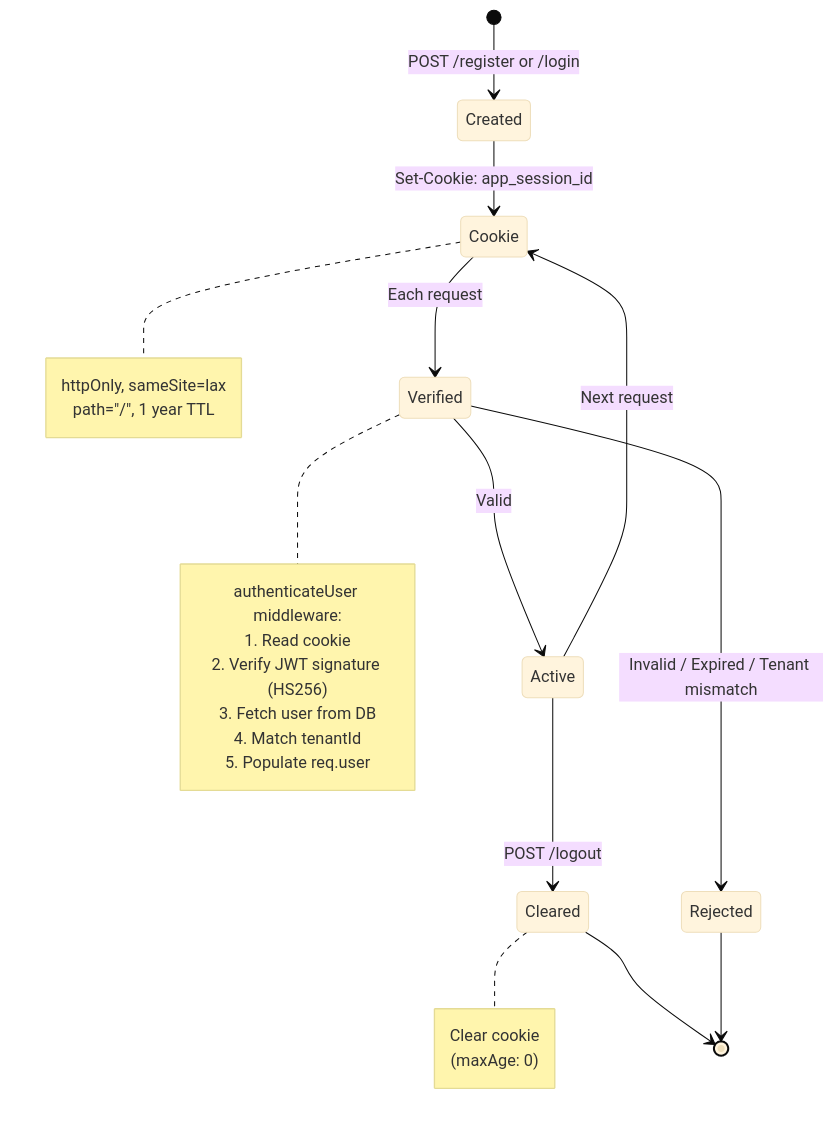
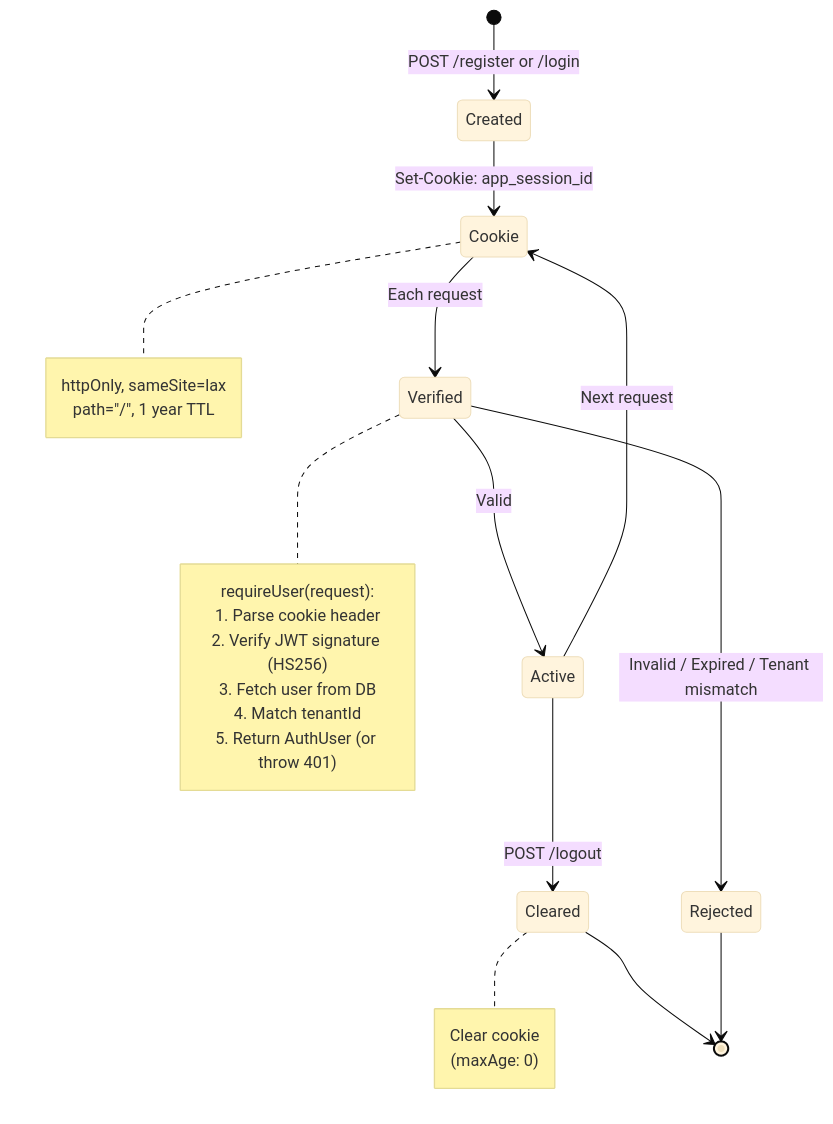
One commit to erium/app-template changed the fourth of 7 diagrams in docs/architecture-data.md. Above: the diagram before and after it, drawn with Mermaid (base theme). The commit also changed other lines of this file and 7 other files, not shown here.

````diff
--- a/docs/architecture-data.md
+++ b/docs/architecture-data.md
@@ -143,34 +143,34 @@
 ```mermaid
 stateDiagram-v2
     [*] --> Created: POST /register or /login
 
     Created --> Cookie: Set-Cookie: app_session_id
     note right of Cookie
         httpOnly, sameSite=lax
         path="/", 1 year TTL
     end note
 
     Cookie --> Verified: Each request
     note right of Verified
-        authenticateUser middleware:
-        1. Read cookie
+        requireUser(request):
+        1. Parse cookie header
         2. Verify JWT signature (HS256)
         3. Fetch user from DB
         4. Match tenantId
-        5. Populate req.user
+        5. Return AuthUser (or throw 401)
     end note
 
     Verified --> Active: Valid
     Verified --> Rejected: Invalid / Expired / Tenant mismatch
 
     Active --> Cookie: Next request
 
     Active --> Cleared: POST /logout
     note right of Cleared
         Clear cookie
         (maxAge: 0)
     end note
 
     Cleared --> [*]
     Rejected --> [*]
 ```
````
